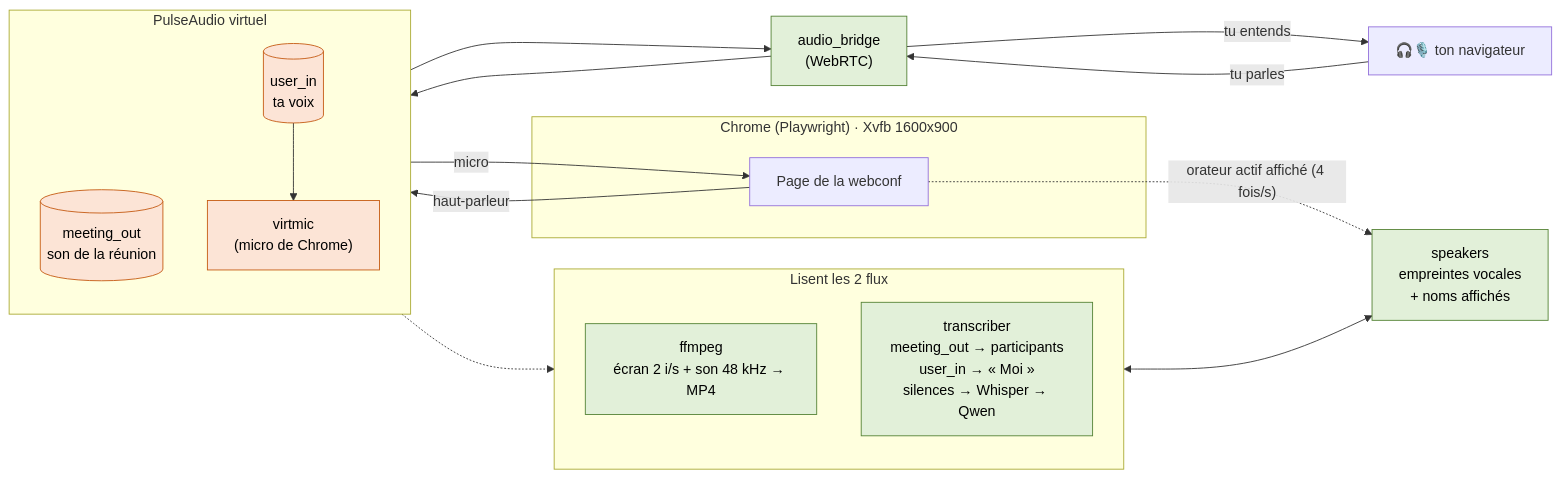
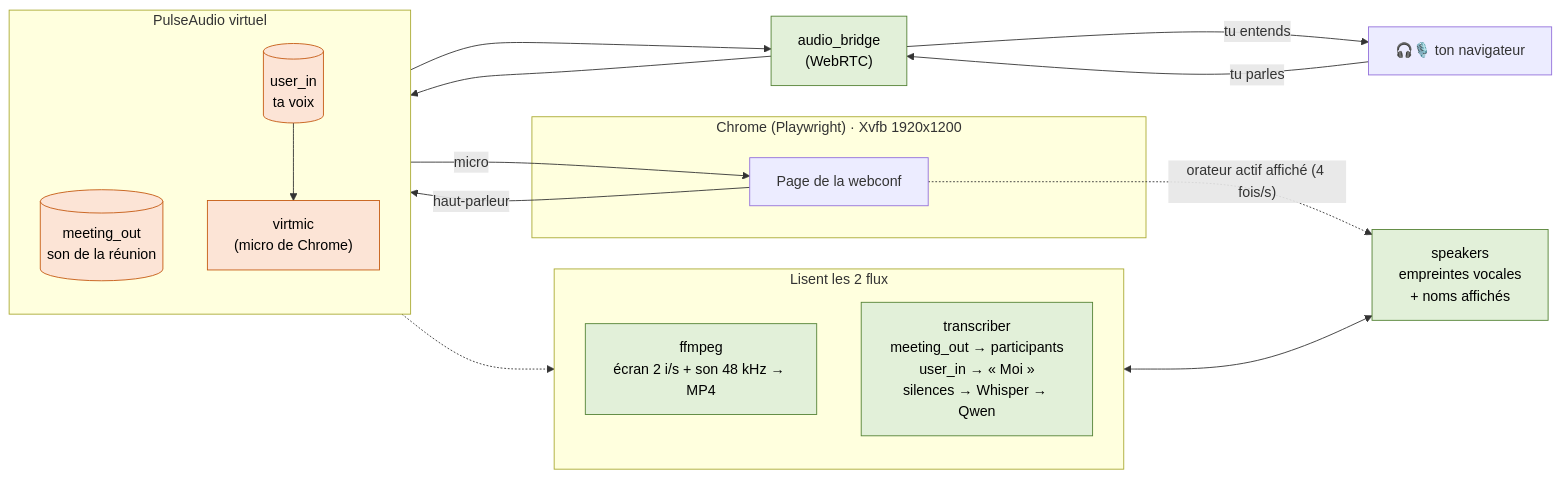
The second of 7 diagrams in docs/ARCHITECTURE.md (VincentMorhet/OmniConf), drawn with Mermaid before and after one commit. The commit also changed other lines of this file and 7 other files, not shown here.

````diff
--- a/docs/ARCHITECTURE.md
+++ b/docs/ARCHITECTURE.md
@@ -72,40 +72,40 @@
 ```mermaid
 flowchart LR
-    subgraph CHROME["Chrome (Playwright) · Xvfb 1600x900"]
+    subgraph CHROME["Chrome (Playwright) · Xvfb 1920x1200"]
         PAGE["Page de la webconf"]
     end
 
     subgraph PULSE["PulseAudio virtuel"]
         direction TB
         MO[("meeting_out<br/>son de la réunion")]
         UI[("user_in<br/>ta voix")]
         VM["virtmic<br/>(micro de Chrome)"]
     end
 
     BR["audio_bridge<br/>(WebRTC)"]
     TOI["🎧🎙️ ton navigateur"]
 
     subgraph USE["Lisent les 2 flux"]
         direction TB
         REC["ffmpeg<br/>écran 2 i/s + son 48 kHz → MP4"]
         TR["transcriber<br/>meeting_out → participants<br/>user_in → « Moi »<br/>silences → Whisper → Qwen"]
     end
 
     SPK["speakers<br/>empreintes vocales<br/>+ noms affichés"]
 
     PAGE -- "haut-parleur" --> MO
     MO --> BR
     BR -- "tu entends" --> TOI
     TOI -- "tu parles" --> BR
     BR --> UI
     UI --> VM
     VM -- "micro" --> PAGE
     PULSE -.-> USE
     TR <--> SPK
     PAGE -. "orateur actif affiché (4 fois/s)" .-> SPK
 
     classDef sink fill:#FCE4D6,stroke:#C55A11,color:#000
     classDef wk fill:#E2F0D9,stroke:#548235,color:#000
     class MO,UI,VM sink
     class BR,REC,TR,SPK wk
 ```
````
